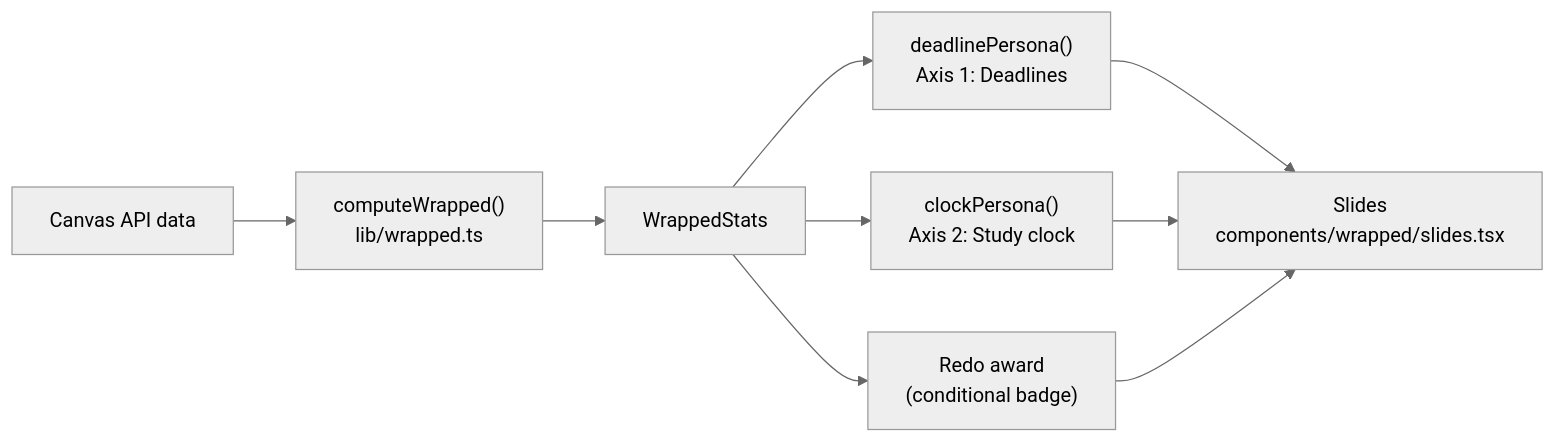
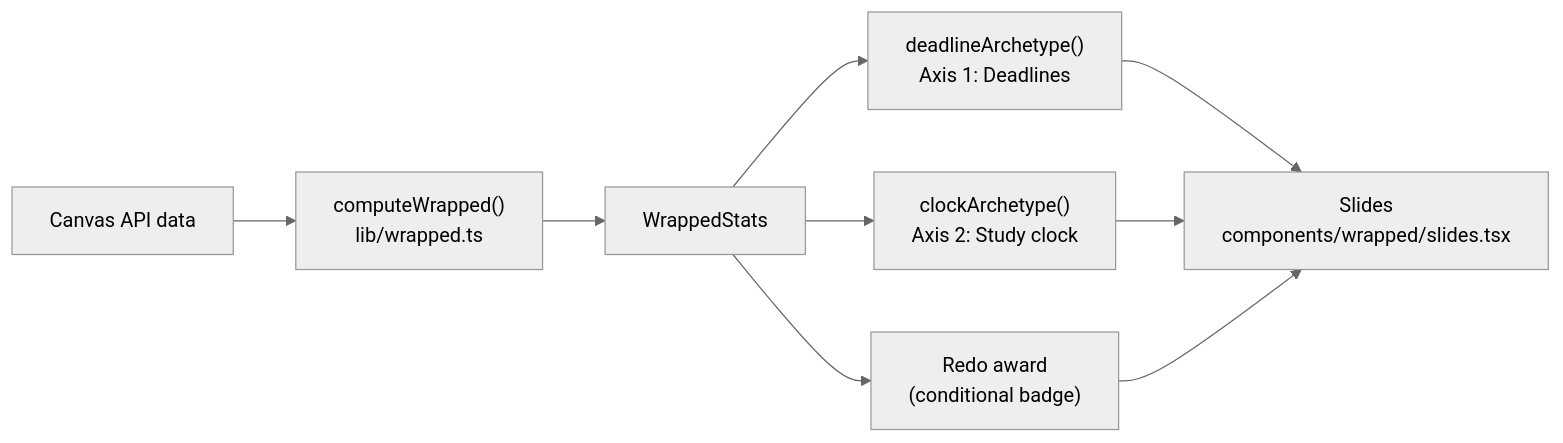
The first of 4 diagrams in docs/archetypes.md (JoyBoyQuillin/Canvas-Wrapped), drawn with Mermaid (neutral theme) before and after one commit. The commit also changed other lines of this file and 20 other files, not shown here.

````diff
--- a/docs/archetypes.md
+++ b/docs/archetypes.md
@@ -27,11 +29,11 @@
 ```mermaid
 flowchart LR
   A[Canvas API data] --> B["computeWrapped()<br/>lib/wrapped.ts"]
   B --> C[WrappedStats]
-  C --> D["deadlinePersona()<br/>Axis 1: Deadlines"]
-  C --> E["clockPersona()<br/>Axis 2: Study clock"]
+  C --> D["deadlineArchetype()<br/>Axis 1: Deadlines"]
+  C --> E["clockArchetype()<br/>Axis 2: Study clock"]
   C --> F["Redo award<br/>(conditional badge)"]
   D --> G["Slides<br/>components/wrapped/slides.tsx"]
   E --> G
   F --> G
 ```
````
